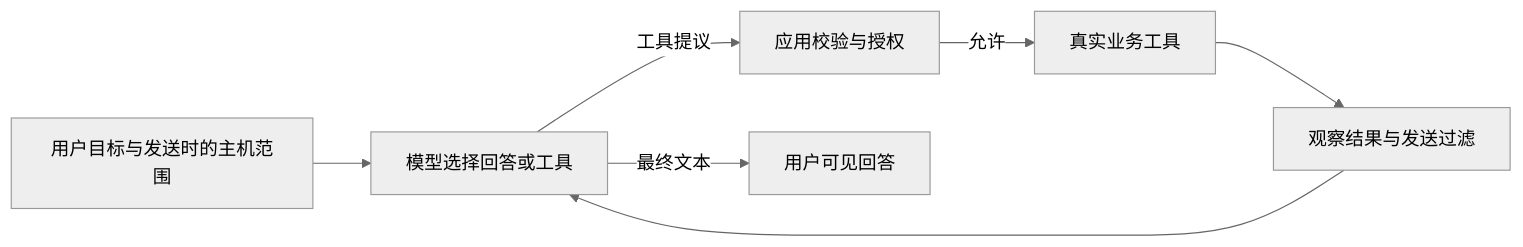
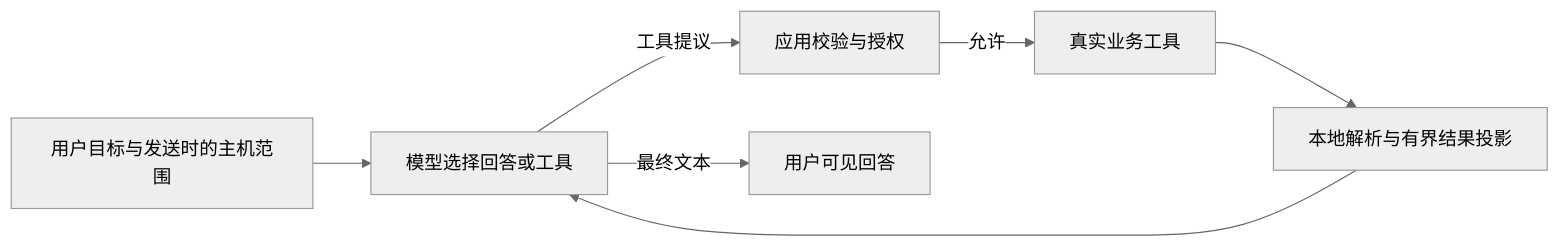
Before and after one commit to Marchen-orz/Sshairy: the first of 2 diagrams in docs/AI_AGENT_GUIDE.md, drawn with Mermaid (neutral theme). The commit also changed other lines of this file and 2 other files, not shown here.

````diff
--- a/docs/AI_AGENT_GUIDE.md
+++ b/docs/AI_AGENT_GUIDE.md
@@ -71,9 +71,9 @@
 ```mermaid
 flowchart LR
   U[用户目标与发送时的主机范围] --> M[模型选择回答或工具]
   M -->|工具提议| G[应用校验与授权]
   G -->|允许| T[真实业务工具]
-  T --> O[观察结果与发送过滤]
+  T --> O[本地解析与有界结果投影]
   O --> M
   M -->|最终文本| A[用户可见回答]
 ```
````
